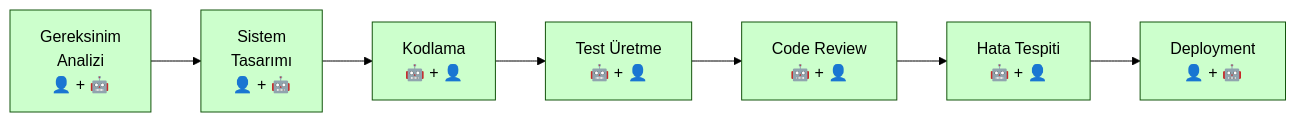
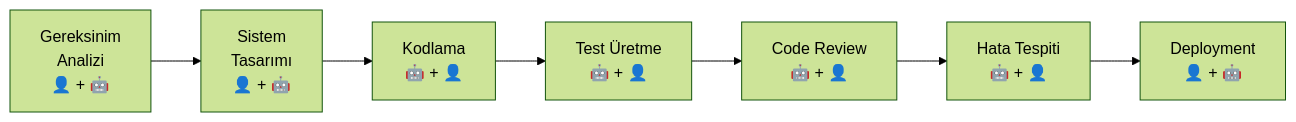
One commit to IzzetYasinAtes/ClaudeCodeHandbook changed the second of 6 diagrams in 04-ai-destekli-gelistirme/01-ai-destekli-gelistirme-nedir.md. Above: the diagram before and after it, drawn with Mermaid (forest theme). The commit also changed other lines of this file and 97 other files, not shown here.

Commit message:
Remove all custom Mermaid style/fill colors from 98 markdown files for consistent dark theme rendering

````diff
--- a/04-ai-destekli-gelistirme/01-ai-destekli-gelistirme-nedir.md
+++ b/04-ai-destekli-gelistirme/01-ai-destekli-gelistirme-nedir.md
@@ -42,17 +35,10 @@
 ```mermaid
 flowchart LR
     A["Gereksinim<br/>Analizi<br/>👤 + 🤖"] --> B["Sistem<br/>Tasarımı<br/>👤 + 🤖"]
     B --> C["Kodlama<br/>🤖 + 👤"]
     C --> D["Test Üretme<br/>🤖 + 👤"]
     D --> E["Code Review<br/>🤖 + 👤"]
     E --> F["Hata Tespiti<br/>🤖 + 👤"]
     F --> G["Deployment<br/>👤 + 🤖"]
 
-    style A fill:#ccffcc
-    style B fill:#ccffcc
-    style C fill:#ccffcc
-    style D fill:#ccffcc
-    style E fill:#ccffcc
-    style F fill:#ccffcc
-    style G fill:#ccffcc
 ```
````
